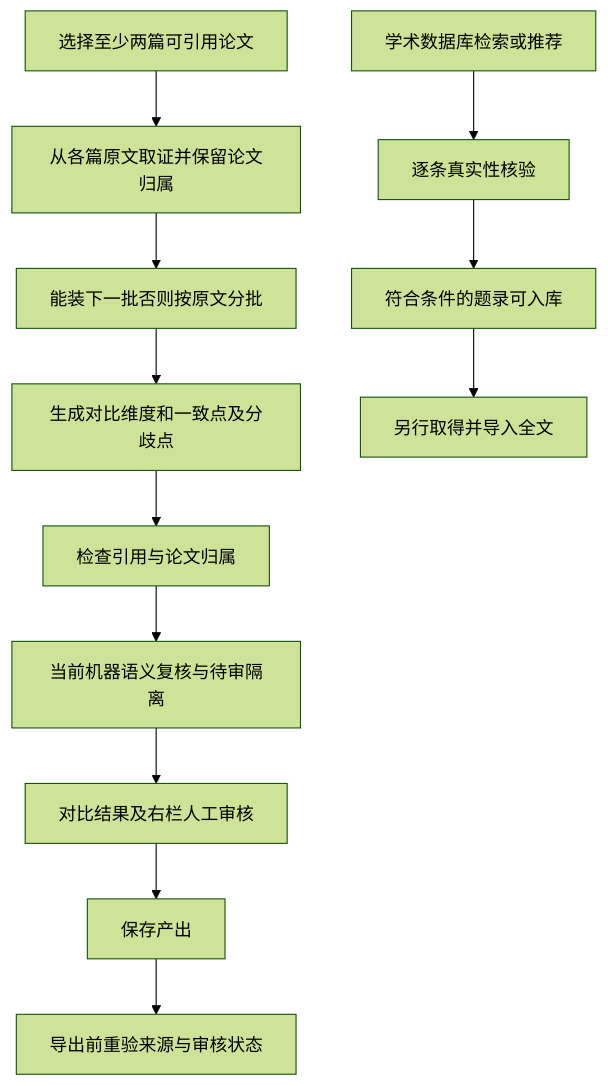
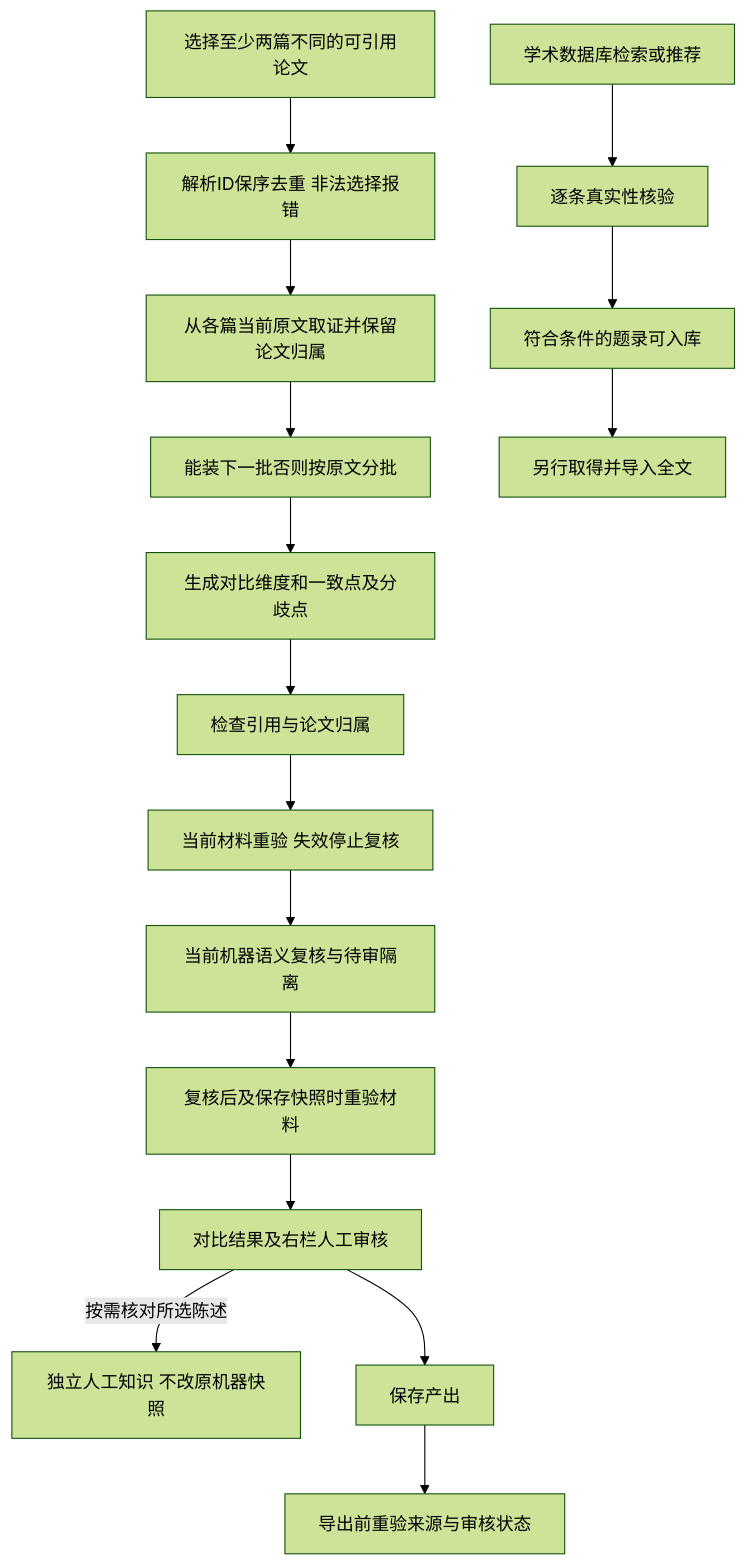
The second of 2 diagrams in docs/modules/04-检索问答与研究.md (kingjone0/litprism), drawn with Mermaid (forest theme) before and after one commit. The commit also changed other lines of this file and 46 other files, not shown here.

````diff
--- a/docs/modules/04-检索问答与研究.md
+++ b/docs/modules/04-检索问答与研究.md
@@ -38,14 +40,18 @@
 ```mermaid
 flowchart TD
-    A[选择至少两篇可引用论文] --> B[从各篇原文取证并保留论文归属]
+    A[选择至少两篇不同的可引用论文] --> A1[解析ID保序去重 非法选择报错]
+    A1 --> B[从各篇当前原文取证并保留论文归属]
     B --> C[能装下一批否则按原文分批]
     C --> D[生成对比维度和一致点及分歧点]
     D --> E[检查引用与论文归属]
-    E --> F[当前机器语义复核与待审隔离]
-    F --> G[对比结果及右栏人工审核]
+    E --> E1[当前材料重验 失效停止复核]
+    E1 --> F[当前机器语义复核与待审隔离]
+    F --> F1[复核后及保存快照时重验材料]
+    F1 --> G[对比结果及右栏人工审核]
+    G -->|按需核对所选陈述| K[独立人工知识 不改原机器快照]
     G --> H[保存产出]
     H --> I[导出前重验来源与审核状态]
     R[学术数据库检索或推荐] --> V[逐条真实性核验]
     V --> P[符合条件的题录可入库]
     P --> N[另行取得并导入全文]
 ```
````
